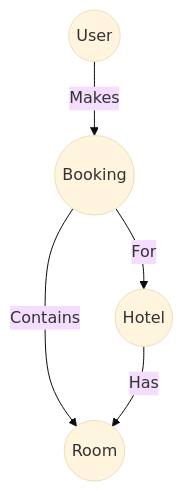
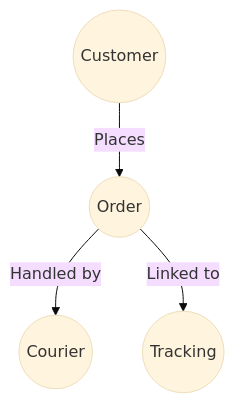
Before and after one commit to jinmouse/ChatGPT: the diagram in 2주차 과제.md, drawn with Mermaid (base theme).

Commit message:
Update 2주차 과제.md

````diff
--- a/2주차 과제.md
+++ b/2주차 과제.md
@@ -60,12 +60,11 @@
 ```mermaid
-graph TD;
-    User -->|Makes| Booking;
-    Booking -->|For| Hotel;
-    Booking -->|Contains| Room;
-    Hotel -->|Has| Room;
+graph TD
+    Customer -->|Places| Order
+    Order -->|Handled by| Courier
+    Order -->|Linked to| Tracking
 
-    User((User));
-    Hotel((Hotel));
-    Room((Room));
-    Booking((Booking));
+    Customer((Customer))
+    Order((Order))
+    Courier((Courier))
+    Tracking((Tracking))
 ```
````
